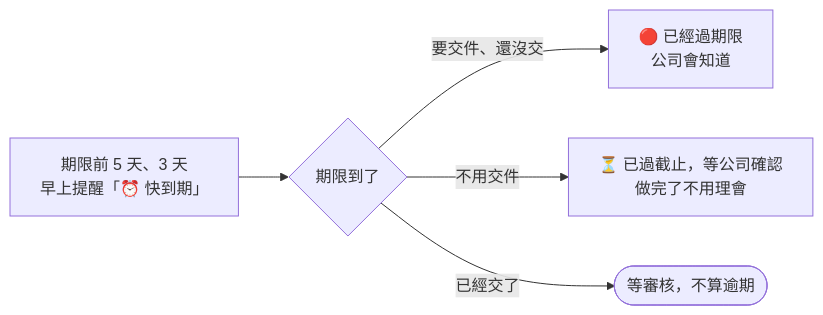
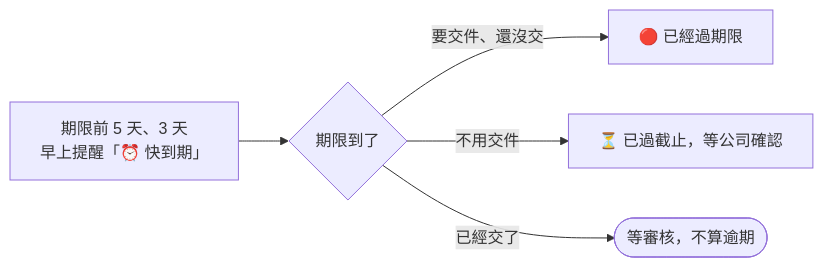
The fifth of 6 diagrams in docs/sop/ARTIST_SOP.md (johnnysun0621/kari-kari-ai-ops), drawn with Mermaid before and after one commit. The commit also changed other lines of this file and 85 other files, not shown here.

````diff
--- a/docs/sop/ARTIST_SOP.md
+++ b/docs/sop/ARTIST_SOP.md
@@ -341,7 +432,7 @@
 ```mermaid
 flowchart LR
   A["期限前 5 天、3 天<br/>早上提醒「⏰ 快到期」"] --> B{"期限到了"}
-  B -- "要交件、還沒交" --> C["🔴 已經過期限<br/>公司會知道"]
-  B -- "不用交件" --> D["⏳ 已過截止，等公司確認<br/>做完了不用理會"]
+  B -- "要交件、還沒交" --> C["🔴 已經過期限"]
+  B -- "不用交件" --> D["⏳ 已過截止，等公司確認"]
   B -- "已經交了" --> E(["等審核，不算逾期"])
 ```
````
